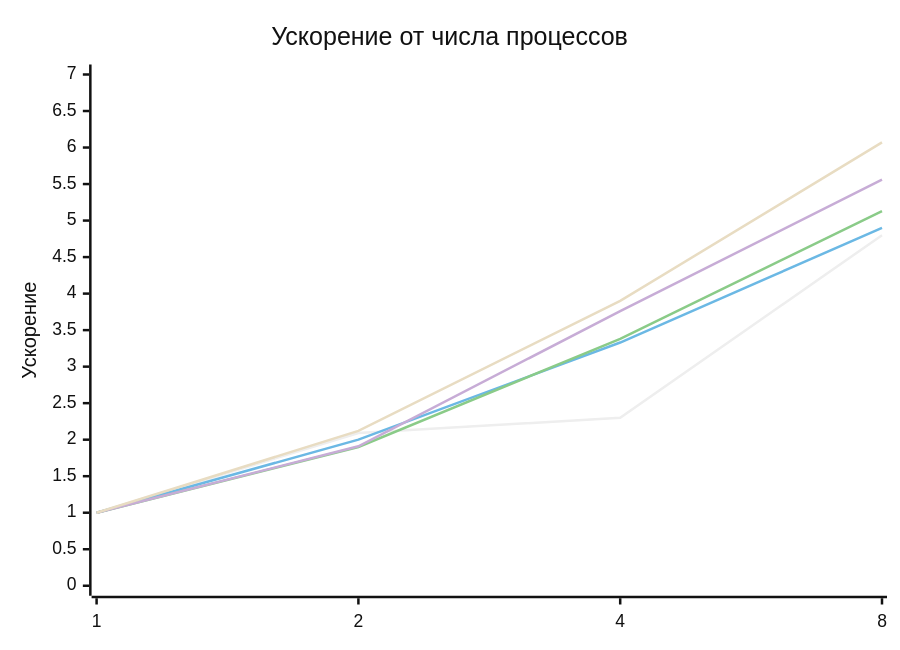
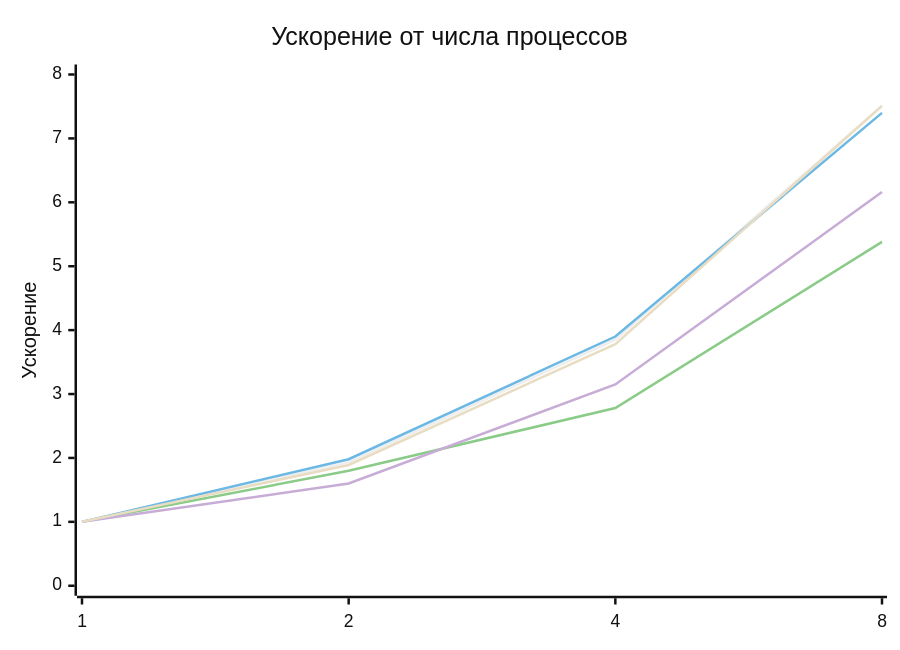
Before and after one commit to sanek4338/Parallelnoe_Programming: the third of 5 diagrams in README.md, drawn with Mermaid (neutral theme). The commit also changed other lines of this file and 1 other file, not shown here.

````diff
--- a/README.md
+++ b/README.md
@@ -120,11 +104,11 @@
 ```mermaid
 xychart-beta
     title "Ускорение от числа процессов"
     x-axis [1, 2, 4, 8]
-    y-axis "Ускорение" 0 --> 7
-    line "N=200" [1.00, 2.09, 2.30, 4.80]
-    line "N=400" [1.00, 2.00, 3.33, 4.90]
-    line "N=800" [1.00, 1.90, 3.38, 5.13]
-    line "N=1200" [1.00, 1.91, 3.76, 5.56]
-    line "N=1600" [1.00, 2.12, 3.90, 6.07]
+    y-axis "Ускорение" 0 --> 8
+    line "N=200" [1.00, 1.93, 3.85, 7.51]
+    line "N=400" [1.00, 1.98, 3.90, 7.40]
+    line "N=800" [1.00, 1.80, 2.78, 5.38]
+    line "N=1200" [1.00, 1.60, 3.15, 6.16]
+    line "N=1600" [1.00, 1.89, 3.78, 7.51]
 ```
````
